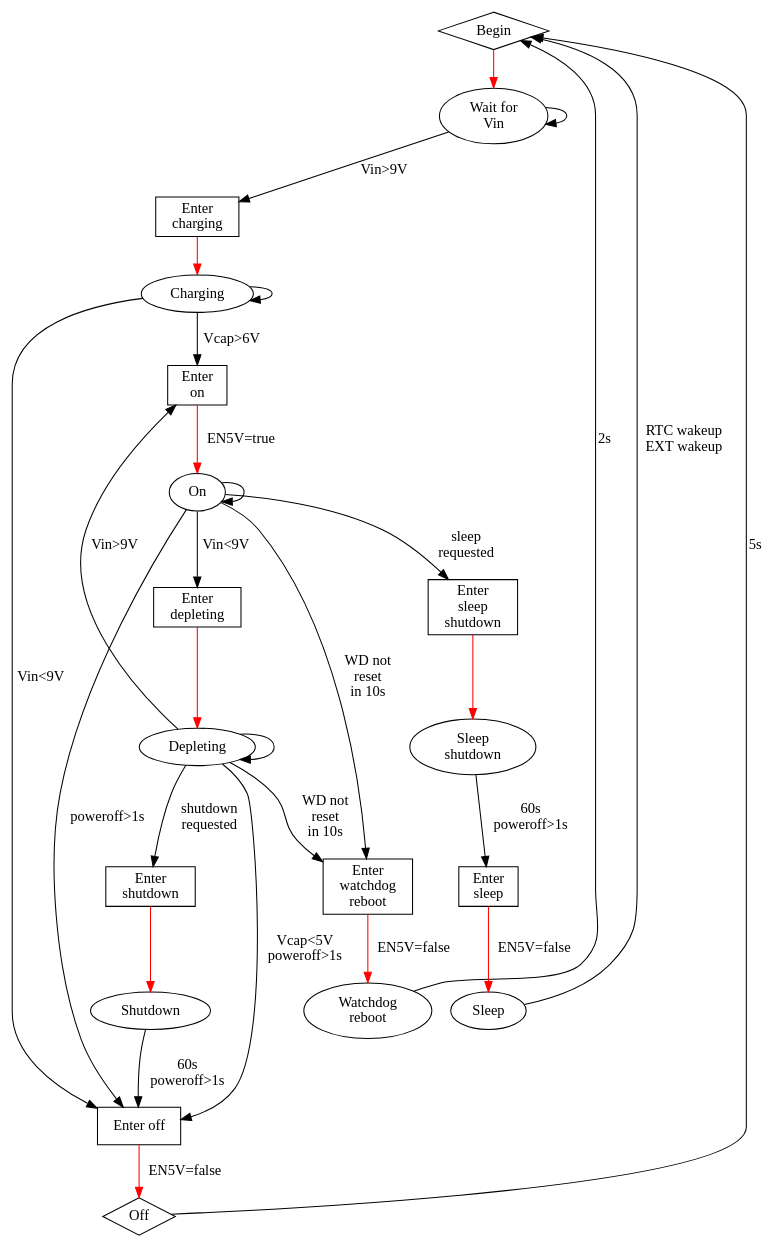
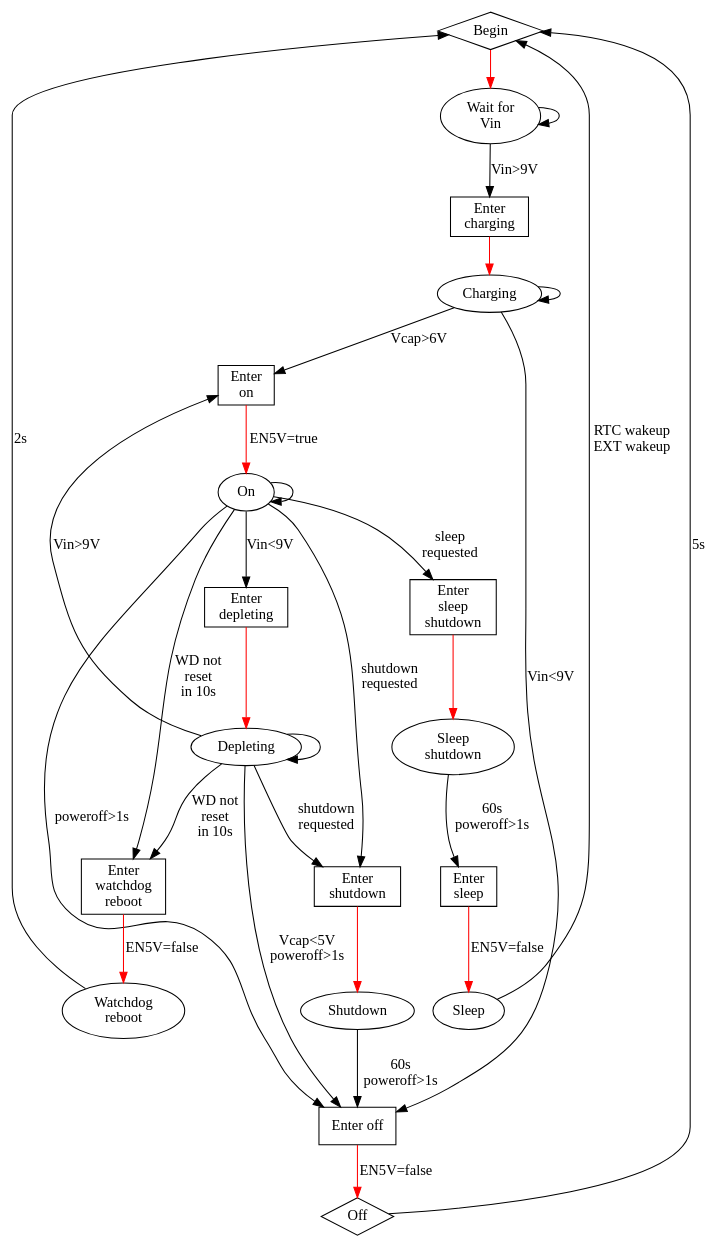
The diagram in state_machine.dot (hatlabs/SH-RPi-firmware), drawn with Graphviz before and after one commit. The commit also changed 2 other files, not shown here.

```diff
--- a/state_machine.dot
+++ b/state_machine.dot
@@ -1,51 +1,55 @@
 digraph G {
+graph [fontname = "IBM Plex Sans"];
+node [fontname = "IBM Plex Sans"];
+edge [fontname = "IBM Plex Sans"];
 BEGIN [label="Begin",shape=diamond];
 WAIT_VIN_ON [label="Wait for\nVin"];
 ENT_CHARGING [label="Enter\ncharging",shape=box];
 CHARGING [label="Charging"];
 ENT_ON [label="Enter\non",shape=box];
 ON [label="On"];
 ENT_DEPLETING [label="Enter\ndepleting",shape=box];
 DEPLETING [label="Depleting"];
 ENT_SHUTDOWN [label="Enter\nshutdown",shape=box];
 SHUTDOWN [label="Shutdown"];
 ENT_WATCHDOG_REBOOT [label="Enter\nwatchdog\nreboot",shape=box];
 WATCHDOG_REBOOT [label="Watchdog\nreboot"];
 ENT_OFF [label="Enter off",shape=box];
 OFF [label="Off",shape=diamond];
 
 ENT_SLEEP_SHUTDOWN [label="Enter\nsleep\nshutdown",shape=box];
 SLEEP_SHUTDOWN [label="Sleep\nshutdown"];
 ENT_SLEEP [label="Enter\nsleep",shape=box];
 SLEEP [label="Sleep"];
 
 BEGIN -> WAIT_VIN_ON [color="red",weight=8];
 WAIT_VIN_ON -> WAIT_VIN_ON;
 WAIT_VIN_ON -> ENT_CHARGING [label="Vin>9V"];
 ENT_CHARGING -> CHARGING [color="red",weight=8];
 CHARGING -> CHARGING;
 CHARGING -> ENT_ON [label="Vcap>6V"];
 CHARGING -> ENT_OFF [label="Vin<9V"];
 ENT_ON -> ON [color="red",label="EN5V=true",weight=8];
 ON -> ON;
 ON -> ENT_WATCHDOG_REBOOT [label="WD not\nreset\nin 10s"];
 ON -> ENT_DEPLETING [label="Vin<9V"];
 ON -> ENT_OFF [label="poweroff>1s"];
 ON -> ENT_SLEEP_SHUTDOWN [label="sleep\nrequested"];
+ON -> ENT_SHUTDOWN [label="shutdown\nrequested"];
 ENT_DEPLETING -> DEPLETING [color="red",weight=8];
 DEPLETING -> DEPLETING;
 DEPLETING -> ENT_WATCHDOG_REBOOT [label="WD not\nreset\nin 10s"];
 DEPLETING -> ENT_SHUTDOWN [label="shutdown\nrequested"];
 DEPLETING -> ENT_ON [label="Vin>9V"];
 DEPLETING -> ENT_OFF [label="Vcap<5V\npoweroff>1s"];
 ENT_SHUTDOWN -> SHUTDOWN [color="red",weight=8];
 SHUTDOWN -> ENT_OFF [label="60s\npoweroff>1s"];
 ENT_OFF -> OFF [color="red",label="EN5V=false",weight=8];
 OFF -> BEGIN [label="5s"];
 ENT_WATCHDOG_REBOOT -> WATCHDOG_REBOOT [color="red",label="EN5V=false",weight=8];
 WATCHDOG_REBOOT -> BEGIN [label="2s"];
 ENT_SLEEP_SHUTDOWN -> SLEEP_SHUTDOWN [color="red",weight=8];
 SLEEP_SHUTDOWN -> ENT_SLEEP [label="60s\npoweroff>1s"];
 ENT_SLEEP -> SLEEP [color="red",label="EN5V=false",weight=8];
 SLEEP -> BEGIN [label="RTC wakeup\nEXT wakeup"];
 }
```
